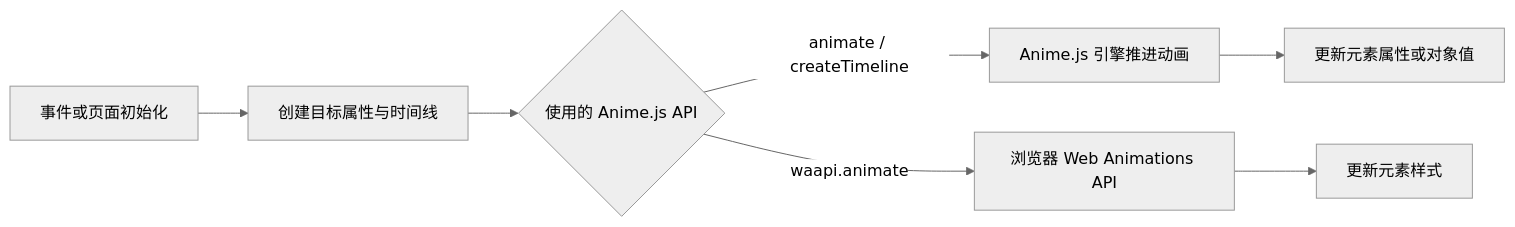
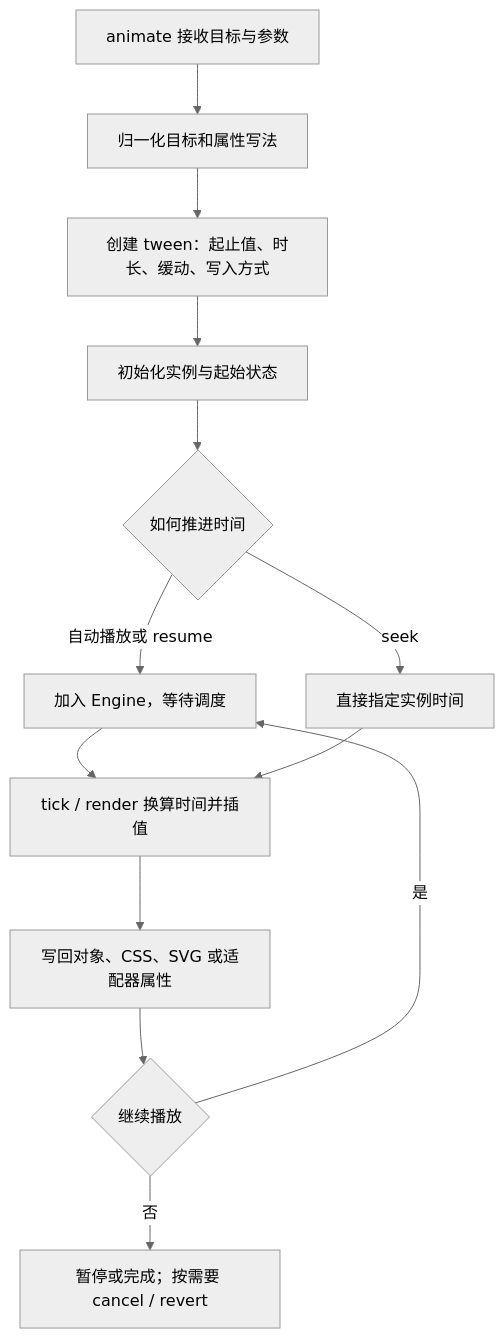
Before and after one commit to PerfectPan/wiki: the diagram in wiki/topics/frontend/animejs.md, drawn with Mermaid (neutral theme). The commit also changed other lines of this file and 8 other files, not shown here.

First line of the commit message:
docs(wiki): explain Anime.js internals and refine diagram guidance

````diff
--- a/wiki/topics/frontend/animejs.md
+++ b/wiki/topics/frontend/animejs.md
@@ -58,9 +137,15 @@
 ```mermaid
-flowchart LR
-    A[事件或页面初始化] --> B[创建目标属性与时间线]
-    B --> C{使用的 Anime.js API}
-    C -->|animate / createTimeline| D[Anime.js 引擎推进动画]
-    C -->|waapi.animate| E[浏览器 Web Animations API]
-    D --> F[更新元素属性或对象值]
-    E --> G[更新元素样式]
+flowchart TD
+    A[animate 接收目标与参数] --> B[归一化目标和属性写法]
+    B --> C[创建 tween：起止值、时长、缓动、写入方式]
+    C --> D[初始化实例与起始状态]
+    D --> E{如何推进时间}
+    E -->|自动播放或 resume| F[加入 Engine，等待调度]
+    E -->|seek| G[直接指定实例时间]
+    F --> H[tick / render 换算时间并插值]
+    G --> H
+    H --> I[写回对象、CSS、SVG 或适配器属性]
+    I --> J{继续播放}
+    J -->|是| F
+    J -->|否| K[暂停或完成；按需要 cancel / revert]
 ```
````
